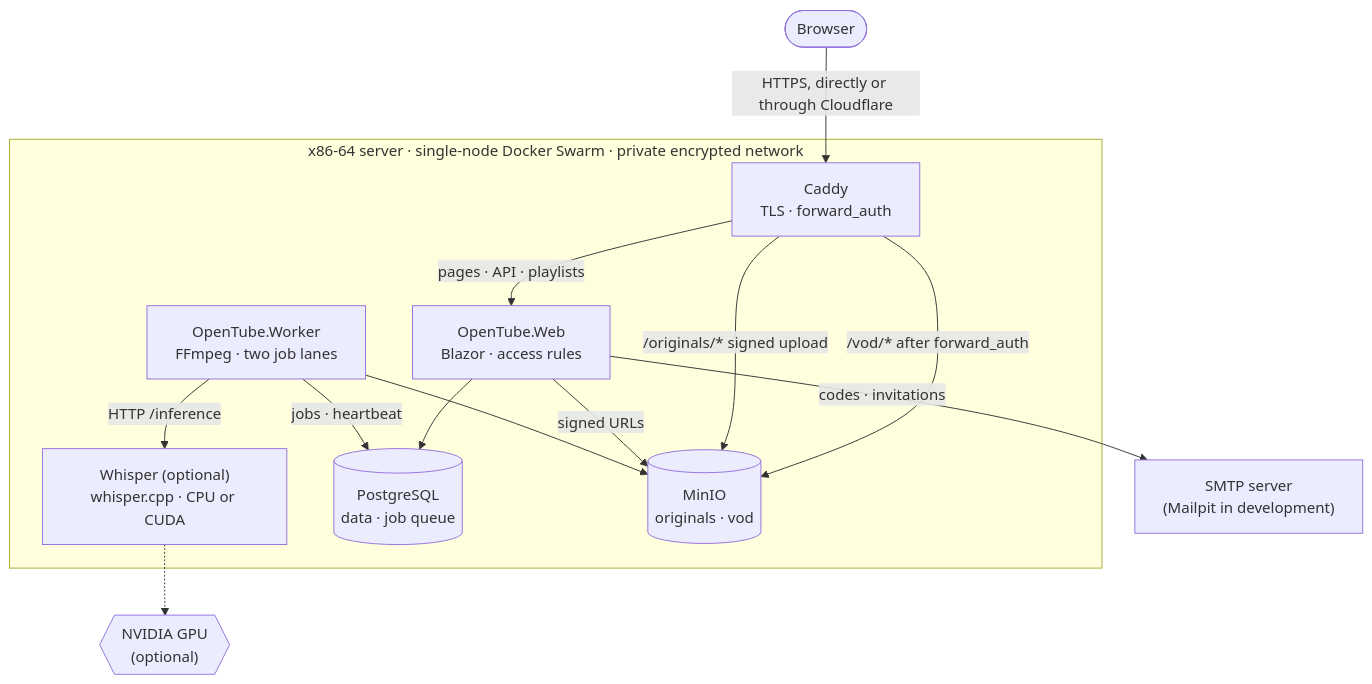
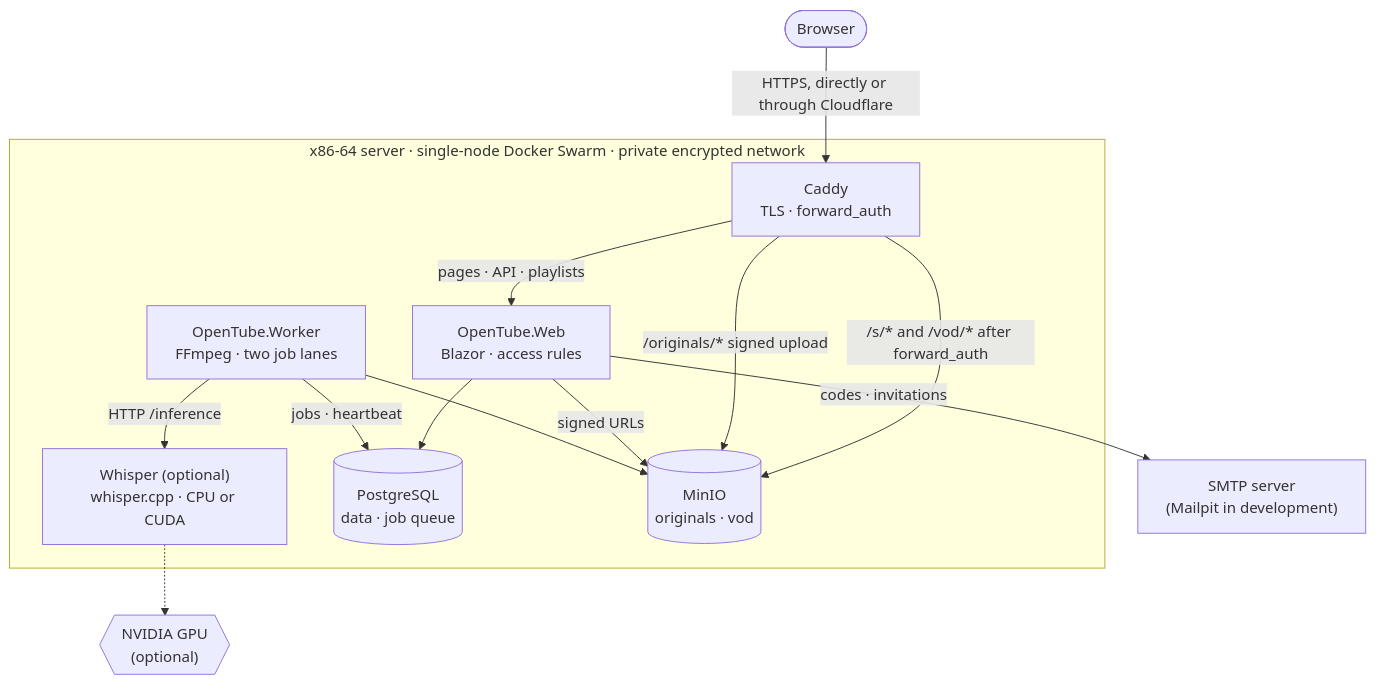
The third of 6 diagrams in README.md (allanbarcelos/opentube), drawn with Mermaid before and after one commit. The commit also changed other lines of this file and 21 other files, not shown here.

````diff
--- a/README.md
+++ b/README.md
@@ -605,28 +605,28 @@
 ```mermaid
 flowchart TB
     browser(["Browser"])
     smtp["SMTP server<br/>(Mailpit in development)"]
 
     subgraph server["x86-64 server · single-node Docker Swarm · private encrypted network"]
         caddy["Caddy<br/>TLS · forward_auth"]
         web["OpenTube.Web<br/>Blazor · access rules"]
         worker["OpenTube.Worker<br/>FFmpeg · two job lanes"]
         whisper["Whisper (optional)<br/>whisper.cpp · CPU or CUDA"]
         postgres[("PostgreSQL<br/>data · job queue")]
         minio[("MinIO<br/>originals · vod")]
     end
 
     gpu{{"NVIDIA GPU<br/>(optional)"}}
 
     browser -->|"HTTPS, directly or through Cloudflare"| caddy
     caddy -->|"pages · API · playlists"| web
-    caddy -->|"/vod/* after forward_auth"| minio
+    caddy -->|"/s/* and /vod/* after forward_auth"| minio
     caddy -->|"/originals/* signed upload"| minio
     web --> postgres
     web -->|"signed URLs"| minio
     web -->|"codes · invitations"| smtp
     worker -->|"jobs · heartbeat"| postgres
     worker --> minio
     worker -->|"HTTP /inference"| whisper
     whisper -.-> gpu
 ```
````
